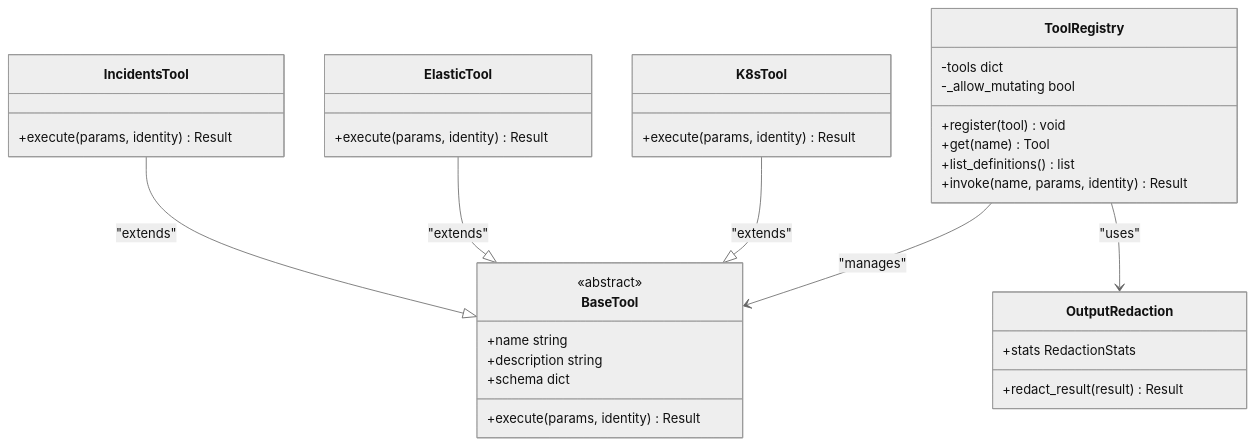
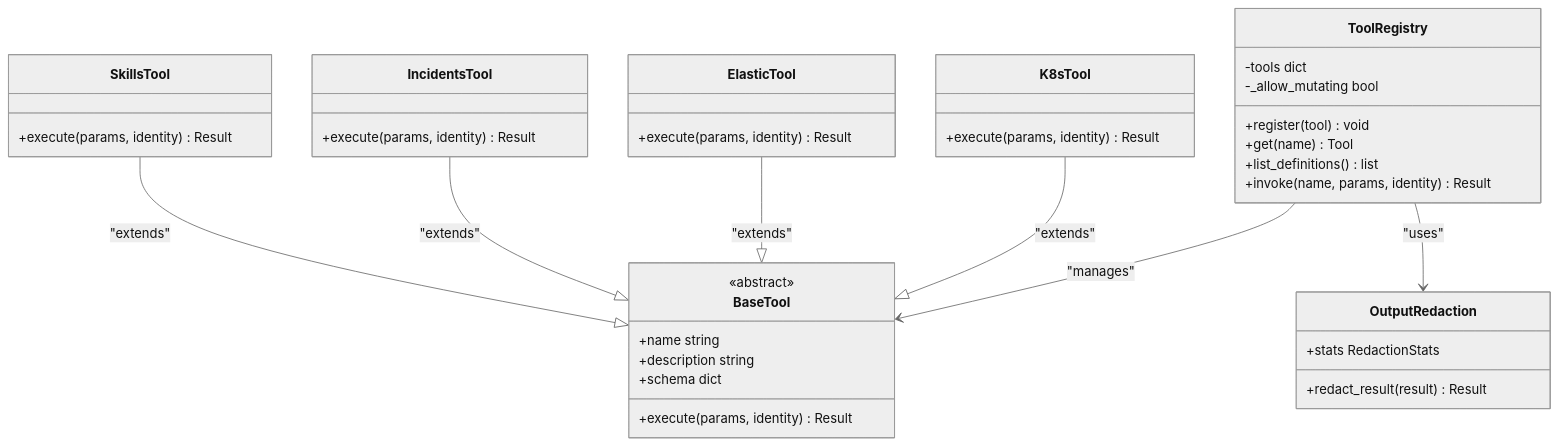
One commit to metasync/luban-aiops changed the eighth of 13 diagrams in .qoder/repowiki/en/content/Tool Gateway Service/Tool Gateway Service.md. Above: the diagram before and after it, drawn with Mermaid (neutral theme). The commit also changed other lines of this file and 8 other files, not shown here.

````diff
--- a/.qoder/repowiki/en/content/Tool Gateway Service/Tool Gateway Service.md
+++ b/.qoder/repowiki/en/content/Tool Gateway Service/Tool Gateway Service.md
@@ -474,36 +500,40 @@
 ```mermaid
 classDiagram
 class ToolRegistry {
 -tools dict
 -_allow_mutating bool
 +register(tool) void
 +get(name) Tool
 +list_definitions() list
 +invoke(name, params, identity) Result
 }
 class BaseTool {
 <<abstract>>
 +name string
 +description string
 +schema dict
 +execute(params, identity) Result
 }
 class K8sTool {
 +execute(params, identity) Result
 }
 class ElasticTool {
 +execute(params, identity) Result
 }
 class IncidentsTool {
 +execute(params, identity) Result
 }
+class SkillsTool {
++execute(params, identity) Result
+}
 class OutputRedaction {
 +redact_result(result) Result
 +stats RedactionStats
 }
 ToolRegistry --> BaseTool : "manages"
 ToolRegistry --> OutputRedaction : "uses"
 K8sTool --|> BaseTool : "extends"
 ElasticTool --|> BaseTool : "extends"
 IncidentsTool --|> BaseTool : "extends"
+SkillsTool --|> BaseTool : "extends"
 ```
````
